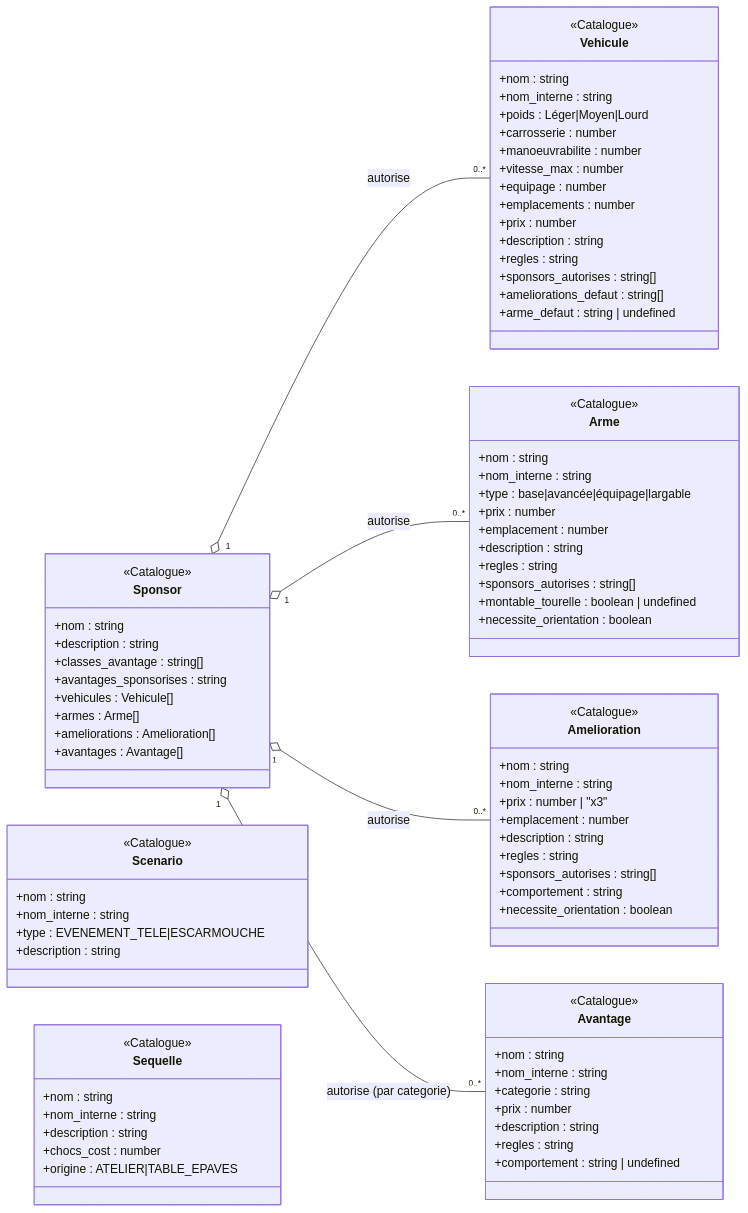
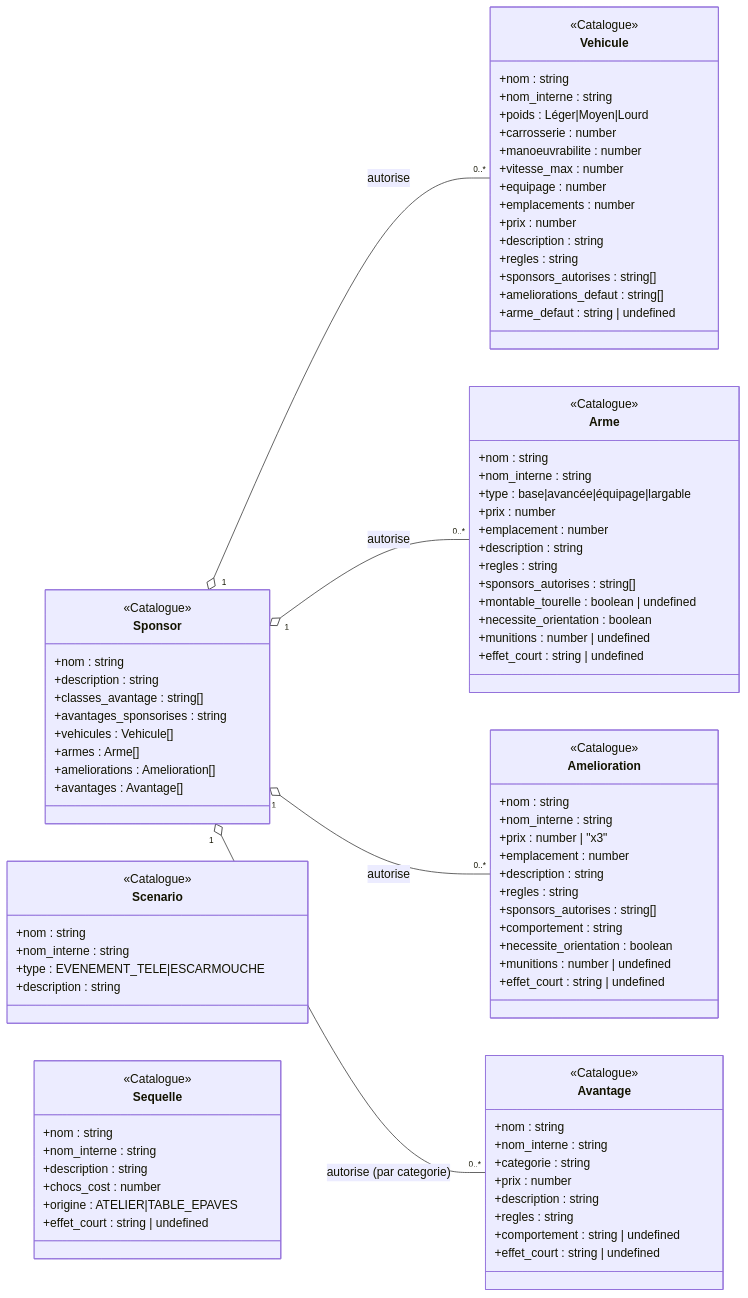
Before and after one commit to arnaudbracchetti/gaslands-manager: the second of 4 diagrams in docs/DOMAIN_MODEL.md, drawn with Mermaid. The commit also changed other lines of this file and 56 other files, not shown here.

```diff
--- a/docs/DOMAIN_MODEL.md
+++ b/docs/DOMAIN_MODEL.md
@@ -375,6 +375,8 @@
         +sponsors_autorises : string[]
         +montable_tourelle : boolean | undefined
         +necessite_orientation : boolean
+        +munitions : number | undefined
+        +effet_court : string | undefined
     }
 
     class Amelioration {
@@ -388,6 +390,8 @@
         +sponsors_autorises : string[]
         +comportement : string
         +necessite_orientation : boolean
+        +munitions : number | undefined
+        +effet_court : string | undefined
     }
 
     class Avantage {
@@ -399,6 +403,7 @@
         +description : string
         +regles : string
         +comportement : string | undefined
+        +effet_court : string | undefined
     }
 
     class Scenario {
@@ -416,6 +421,7 @@
         +description : string
         +chocs_cost : number
         +origine : ATELIER|TABLE_EPAVES
+        +effet_court : string | undefined
     }
 
     Sponsor "1" o-- "0..*" Vehicule : autorise
```
